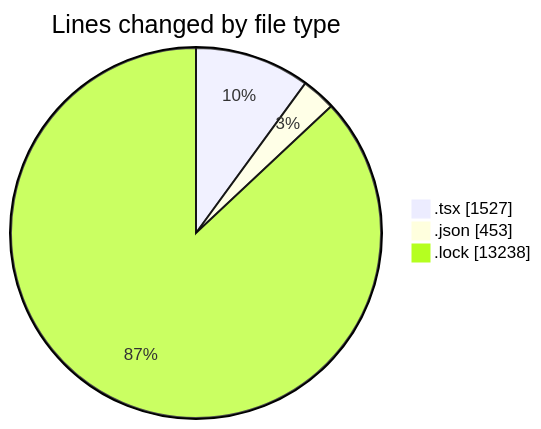
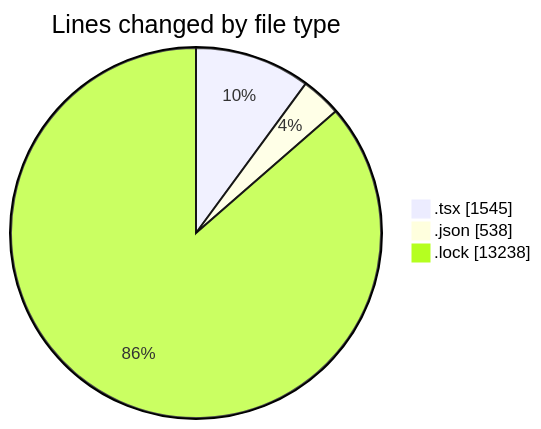
One commit to momahboobian/code-tracking changed the first of 2 diagrams in 2026-01-09/cda/README.md. Above: the diagram before and after it, drawn with Mermaid. The commit also changed other lines of this file and 1 other file, not shown here.

````diff
--- a/2026-01-09/cda/README.md
+++ b/2026-01-09/cda/README.md
@@ -24,7 +24,7 @@
 ```mermaid
 pie showData
 title Lines changed by file type
-".tsx" : 1527
-".json" : 453
+".tsx" : 1545
+".json" : 538
 ".lock" : 13238
 ```
````
